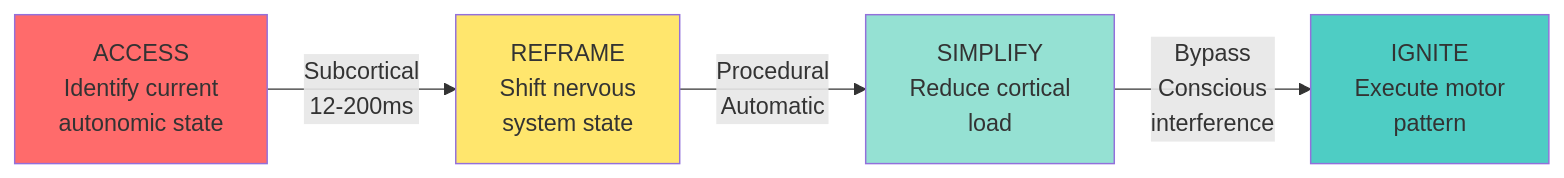
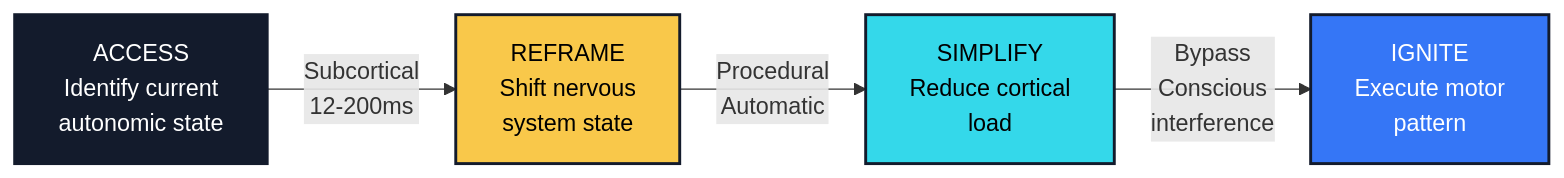
Before and after one commit to Feirbrand/synoeticos-public: the eighth of 11 diagrams in docs/elevation-grid/elevation-grid-visualizations.md, drawn with Mermaid. The commit also changed other lines of this file and 8 other files, not shown here.

````diff
--- a/docs/elevation-grid/elevation-grid-visualizations.md
+++ b/docs/elevation-grid/elevation-grid-visualizations.md
@@ -161,13 +174,13 @@
 ```{mermaid}
 graph LR
     A["ACCESS<br/>Identify current<br/>autonomic state"] -->|"Subcortical<br/>12-200ms"| B["REFRAME<br/>Shift nervous<br/>system state"]
     
     B -->|"Procedural<br/>Automatic"| C["SIMPLIFY<br/>Reduce cortical<br/>load"]
     
     C -->|"Bypass<br/>Conscious<br/>interference"| D["IGNITE<br/>Execute motor<br/>pattern"]
     
-    style A fill:#ff6b6b
-    style B fill:#ffe66d
-    style C fill:#95e1d3
-    style D fill:#4ecdc4
+    style A fill:#131B2C,stroke:#131B2C,stroke-width:2px,color:#fff
+    style B fill:#F9C84A,stroke:#131B2C,stroke-width:2px,color:#000
+    style C fill:#34D8EA,stroke:#131B2C,stroke-width:2px,color:#000
+    style D fill:#3576F6,stroke:#131B2C,stroke-width:2px,color:#fff
 ```
````
